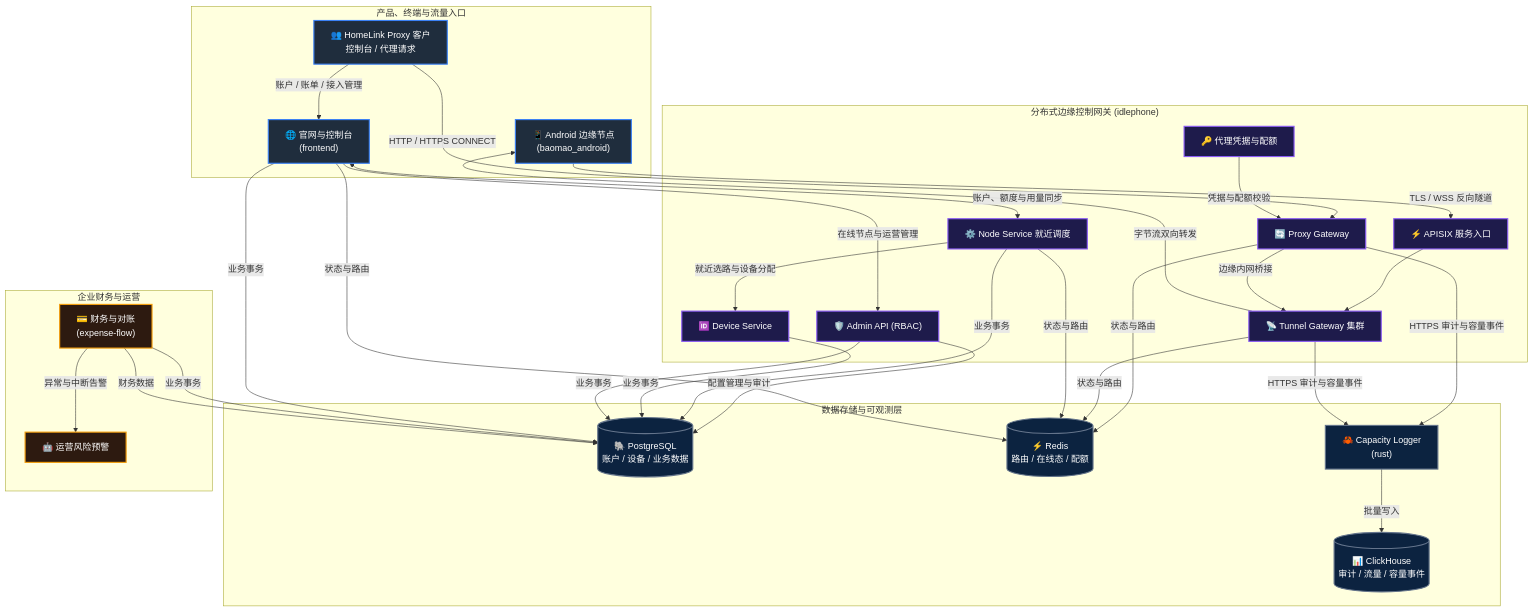
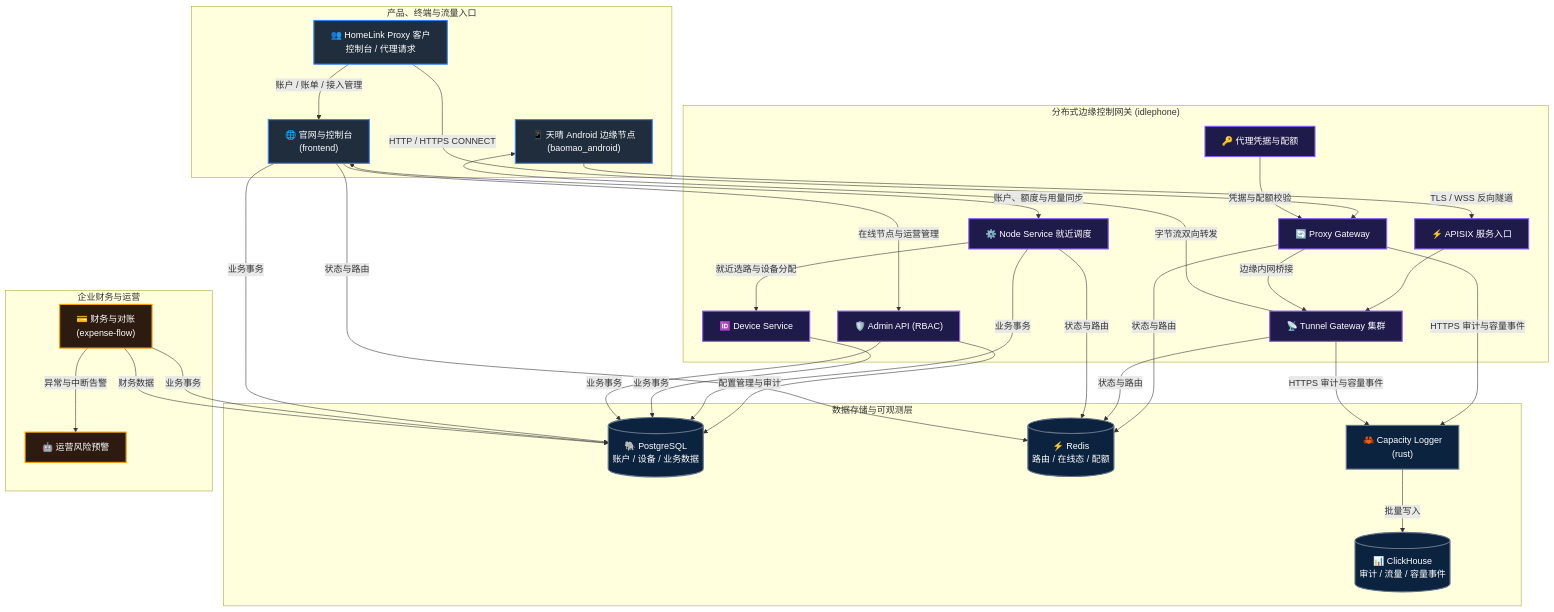
One commit to baoma-inc/.github changed the diagram in profile/README.md. Above: the diagram before and after it, drawn with Mermaid. The commit also changed other lines of this file and 2 other files, not shown here.

````diff
--- a/profile/README.md
+++ b/profile/README.md
@@ -71,57 +71,57 @@
 ```mermaid
 graph TD
     classDef client fill:#1f2d3d,stroke:#3b82f6,stroke-width:2px,color:#fff;
     classDef backend fill:#1e1b4b,stroke:#8b5cf6,stroke-width:2px,color:#fff;
     classDef ops fill:#2d1a10,stroke:#f59e0b,stroke-width:2px,color:#fff;
     classDef db fill:#0c2340,stroke:#64748b,stroke-width:2px,color:#fff;
 
     subgraph "产品、终端与流量入口"
-        Android["📱 Android 边缘节点<br>(baomao_android)"]:::client
+        Android["📱 天晴 Android 边缘节点<br>(baomao_android)"]:::client
         Customer["👥 HomeLink Proxy 客户<br>控制台 / 代理请求"]:::client
         Web["🌐 官网与控制台<br>(frontend)"]:::client
     end
 
     subgraph "分布式边缘控制网关 (idlephone)"
         APISIX["⚡ APISIX 服务入口"]:::backend
         ProxyGW["🔄 Proxy Gateway"]:::backend
         TunnelGW["📡 Tunnel Gateway 集群"]:::backend
         NodeSvc["⚙️ Node Service 就近调度"]:::backend
         Access["🔑 代理凭据与配额"]:::backend
         DeviceSvc["🆔 Device Service"]:::backend
         AdminApi["🛡️ Admin API (RBAC)"]:::backend
     end
 
     subgraph "数据存储与可观测层"
         PG[("🐘 PostgreSQL<br>账户 / 设备 / 业务数据")]:::db
         Redis[("⚡ Redis<br>路由 / 在线态 / 配额")]:::db
         Logger["🦀 Capacity Logger<br>(rust)"]:::db
         CH[("📊 ClickHouse<br>审计 / 流量 / 容量事件")]:::db
     end
 
     subgraph "企业财务与运营"
         ExpenseFlow["💳 财务与对账<br>(expense-flow)"]:::ops
         DingTalk["🤖 运营风险预警"]:::ops
     end
 
     Customer -->|账户 / 账单 / 接入管理| Web
     Customer -->|HTTP / HTTPS CONNECT| ProxyGW
     Web <-->|账户、额度与用量同步| NodeSvc
     Web -->|在线节点与运营管理| AdminApi
 
     Android -->|TLS / WSS 反向隧道| APISIX
     APISIX --> TunnelGW
     ProxyGW -->|边缘内网桥接| TunnelGW
     TunnelGW -->|字节流双向转发| Android
 
     NodeSvc -->|就近选路与设备分配| DeviceSvc
     Access -->|凭据与配额校验| ProxyGW
     AdminApi -->|配置管理与审计| PG
 
     NodeSvc & DeviceSvc & AdminApi & Web & ExpenseFlow -->|业务事务| PG
     ProxyGW & TunnelGW & NodeSvc & Web -->|状态与路由| Redis
     ProxyGW & TunnelGW -->|HTTPS 审计与容量事件| Logger
     Logger -->|批量写入| CH
 
     ExpenseFlow -->|财务数据| PG
     ExpenseFlow -->|异常与中断告警| DingTalk
 ```
````
